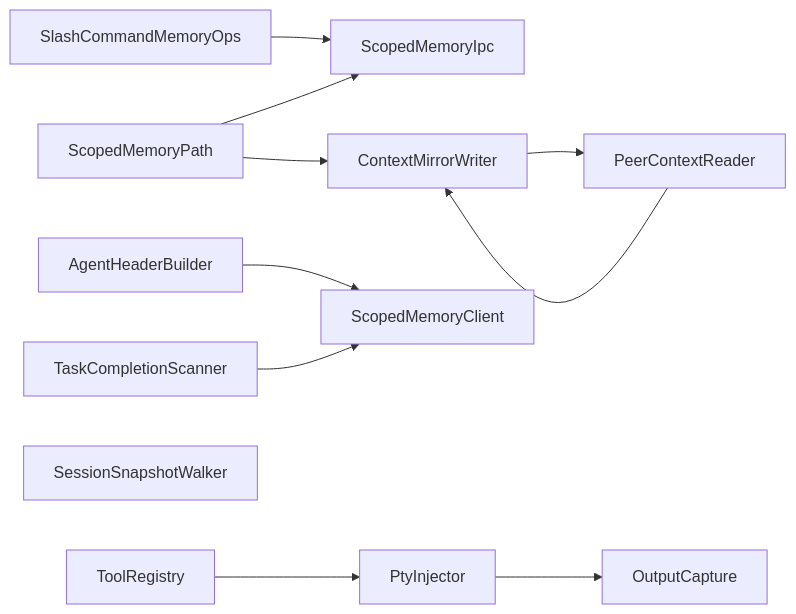
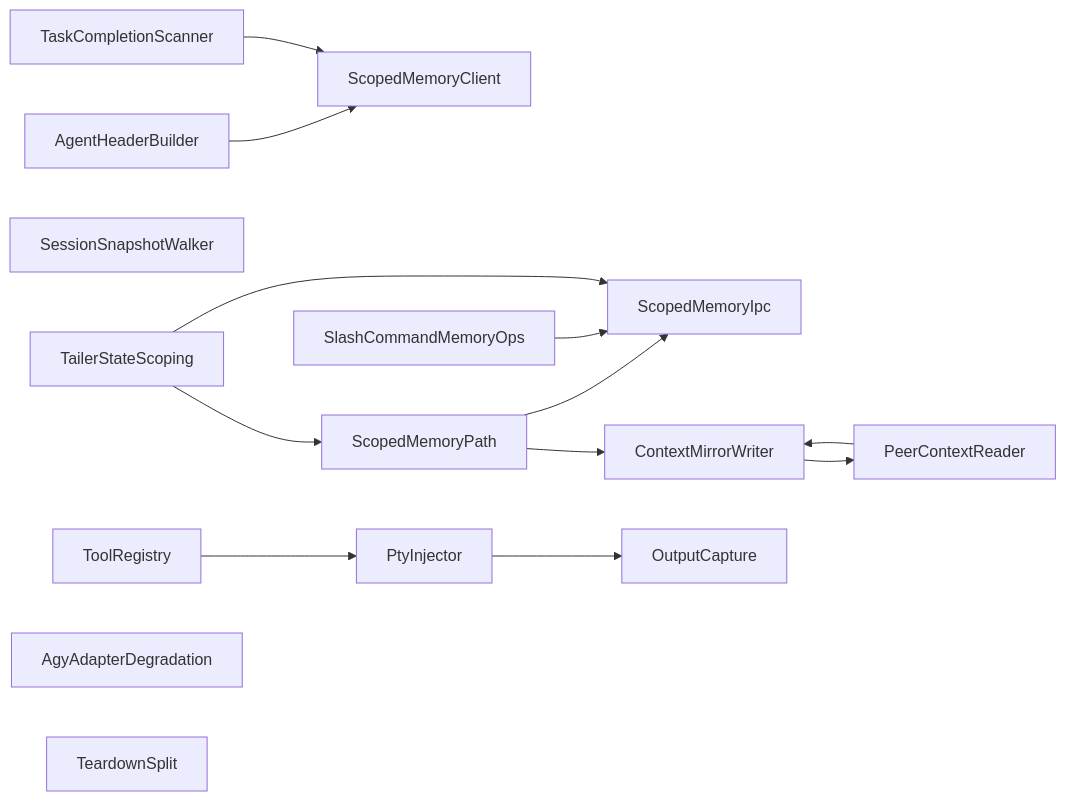
The diagram in ai-artifacts/runs/code/collab-isolation-agy-46135-45591-1034/plan.mmd (yes506/canvas-terminal), drawn with Mermaid before and after one commit. The commit also changed 2 other files, not shown here.

```diff
--- a/ai-artifacts/runs/code/collab-isolation-agy-46135-45591-1034/plan.mmd
+++ b/ai-artifacts/runs/code/collab-isolation-agy-46135-45591-1034/plan.mmd
@@ -1,22 +1,27 @@
 graph LR
   ScopedMemoryIpc["ScopedMemoryIpc"]
   ScopedMemoryClient["ScopedMemoryClient"]
   ScopedMemoryPath["ScopedMemoryPath"]
   ContextMirrorWriter["ContextMirrorWriter"]
   AgentHeaderBuilder["AgentHeaderBuilder"]
   TaskCompletionScanner["TaskCompletionScanner"]
   SlashCommandMemoryOps["SlashCommandMemoryOps"]
   PeerContextReader["PeerContextReader"]
   SessionSnapshotWalker["SessionSnapshotWalker"]
   ToolRegistry["ToolRegistry"]
   PtyInjector["PtyInjector"]
   OutputCapture["OutputCapture"]
+  TailerStateScoping["TailerStateScoping"]
+  AgyAdapterDegradation["AgyAdapterDegradation"]
+  TeardownSplit["TeardownSplit"]
   ScopedMemoryPath --> ScopedMemoryIpc
   ScopedMemoryPath --> ContextMirrorWriter
   ContextMirrorWriter --> PeerContextReader
   AgentHeaderBuilder --> ScopedMemoryClient
   TaskCompletionScanner --> ScopedMemoryClient
   SlashCommandMemoryOps --> ScopedMemoryIpc
   PeerContextReader --> ContextMirrorWriter
   ToolRegistry --> PtyInjector
   PtyInjector --> OutputCapture
+  TailerStateScoping --> ScopedMemoryPath
+  TailerStateScoping --> ScopedMemoryIpc
```
